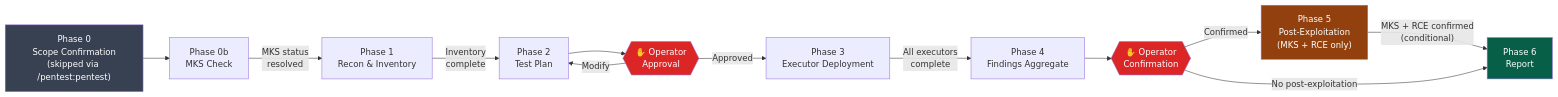
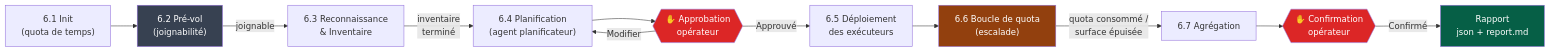
One commit to LyesH4ck/claude-whitebox changed the second of 2 diagrams in README.fr.md. Above: the diagram before and after it, drawn with Mermaid. The commit also changed other lines of this file and 15 other files, not shown here.

First line of the commit message:
chore: ship v2.2.6 — command-owned orchestration, time-budget quota, report contract

````diff
--- a/README.fr.md
+++ b/README.fr.md
@@ -277,31 +280,30 @@
 ```mermaid
 flowchart LR
-    P0["Phase 0\nScope Confirmation\n(skipped via /pentest:pentest)"]
-    P0B["Phase 0b\nMKS Check"]
-    P1["Phase 1\nRecon & Inventory"]
-    P2["Phase 2\nTest Plan"]
-    GATE1{{"✋ Operator\nApproval"}}
-    P3["Phase 3\nExecutor Deployment"]
-    P4["Phase 4\nFindings Aggregate"]
-    GATE2{{"✋ Operator\nConfirmation"}}
-    P5["Phase 5\nPost-Exploitation\n(MKS + RCE only)"]
-    P6["Phase 6\nReport"]
+    P1["6.1 Init\n(quota de temps)"]
+    P2["6.2 Pré-vol\n(joignabilité)"]
+    P3["6.3 Reconnaissance\n& Inventaire"]
+    P4["6.4 Planification\n(agent planificateur)"]
+    GATE1{{"✋ Approbation\nopérateur"}}
+    P5["6.5 Déploiement\ndes exécuteurs"]
+    P6["6.6 Boucle de quota\n(escalade)"]
+    P7["6.7 Agrégation"]
+    GATE2{{"✋ Confirmation\nopérateur"}}
+    P8["Rapport\njson + report.md"]
 
-    P0 --> P0B
-    P0B -->|"MKS status\nresolved"| P1
-    P1 -->|"Inventory\ncomplete"| P2
-    P2 --> GATE1
-    GATE1 -->|"Approved"| P3
-    GATE1 -->|"Modify"| P2
-    P3 -->|"All executors\ncomplete"| P4
-    P4 --> GATE2
-    GATE2 -->|"Confirmed"| P5
-    P5 -->|"MKS + RCE confirmed\n(conditional)"| P6
-    GATE2 -->|"No post-exploitation"| P6
+    P1 --> P2
+    P2 -->|"joignable"| P3
+    P3 -->|"inventaire\nterminé"| P4
+    P4 --> GATE1
+    GATE1 -->|"Approuvé"| P5
+    GATE1 -->|"Modifier"| P4
+    P5 --> P6
+    P6 -->|"quota consommé /\nsurface épuisée"| P7
+    P7 --> GATE2
+    GATE2 -->|"Confirmé"| P8
 
     style GATE1 fill:#DC2626,color:#fff
     style GATE2 fill:#DC2626,color:#fff
-    style P0 fill:#374151,color:#fff
-    style P5 fill:#92400E,color:#fff
-    style P6 fill:#065F46,color:#fff
+    style P2 fill:#374151,color:#fff
+    style P6 fill:#92400E,color:#fff
+    style P8 fill:#065F46,color:#fff
 ```
````
